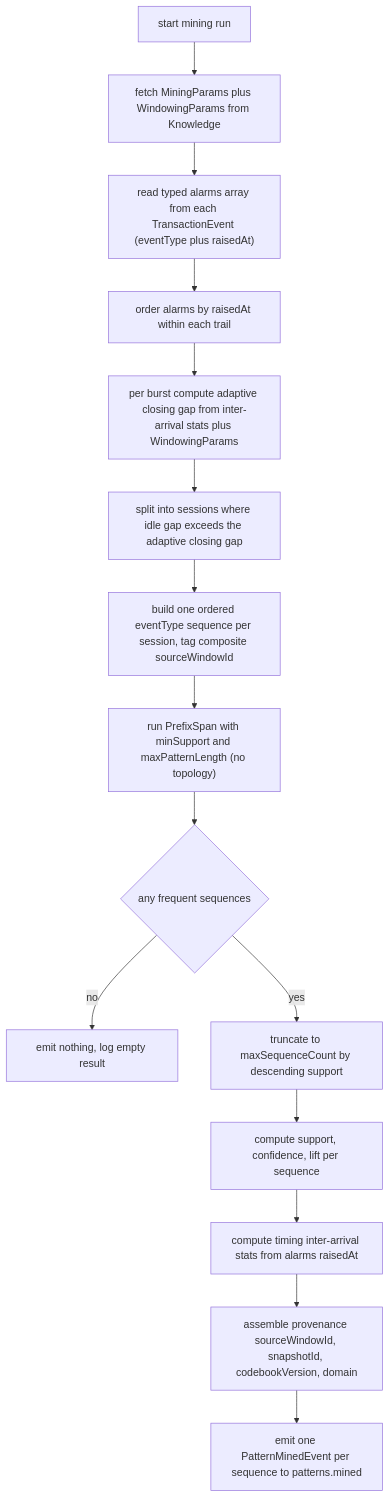
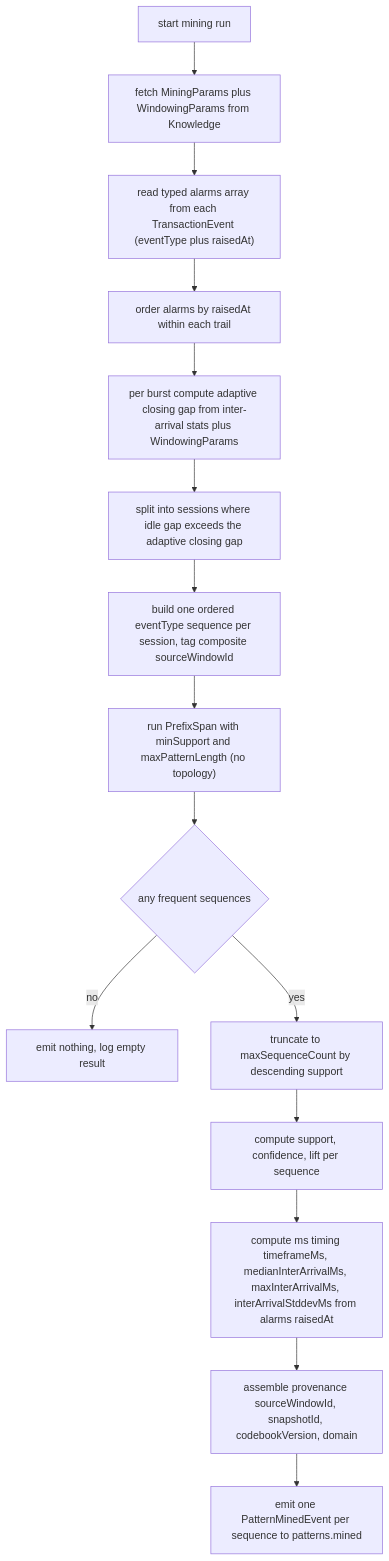
The fourth of 4 diagrams in services/pattern-miner/design.md (nikhilmohan/correlation-platform), drawn with Mermaid before and after one commit. The commit also changed other lines of this file and 1 other file, not shown here.

First line of the commit message:
design(pattern-miner): align PatternMinedEvent.timing keys+units to Pattern Manager deriver (P2-GAP-10)

````diff
--- a/services/pattern-miner/design.md
+++ b/services/pattern-miner/design.md
@@ -239,17 +247,17 @@
 ```mermaid
 flowchart TD
   S["start mining run"] --> P["fetch MiningParams plus WindowingParams from Knowledge"]
   P --> READ["read typed alarms array from each TransactionEvent (eventType plus raisedAt)"]
   READ --> ORD["order alarms by raisedAt within each trail"]
   ORD --> GAP["per burst compute adaptive closing gap from inter-arrival stats plus WindowingParams"]
   GAP --> SESS["split into sessions where idle gap exceeds the adaptive closing gap"]
   SESS --> SEQ["build one ordered eventType sequence per session, tag composite sourceWindowId"]
   SEQ --> PSPAN["run PrefixSpan with minSupport and maxPatternLength (no topology)"]
   PSPAN --> FREQ{"any frequent sequences"}
   FREQ -- no --> DONE["emit nothing, log empty result"]
   FREQ -- yes --> CAP["truncate to maxSequenceCount by descending support"]
   CAP --> METR["compute support, confidence, lift per sequence"]
-  METR --> TIM["compute timing inter-arrival stats from alarms raisedAt"]
+  METR --> TIM["compute ms timing timeframeMs, medianInterArrivalMs, maxInterArrivalMs, interArrivalStddevMs from alarms raisedAt"]
   TIM --> PROV["assemble provenance sourceWindowId, snapshotId, codebookVersion, domain"]
   PROV --> EMIT["emit one PatternMinedEvent per sequence to patterns.mined"]
 ```
````
